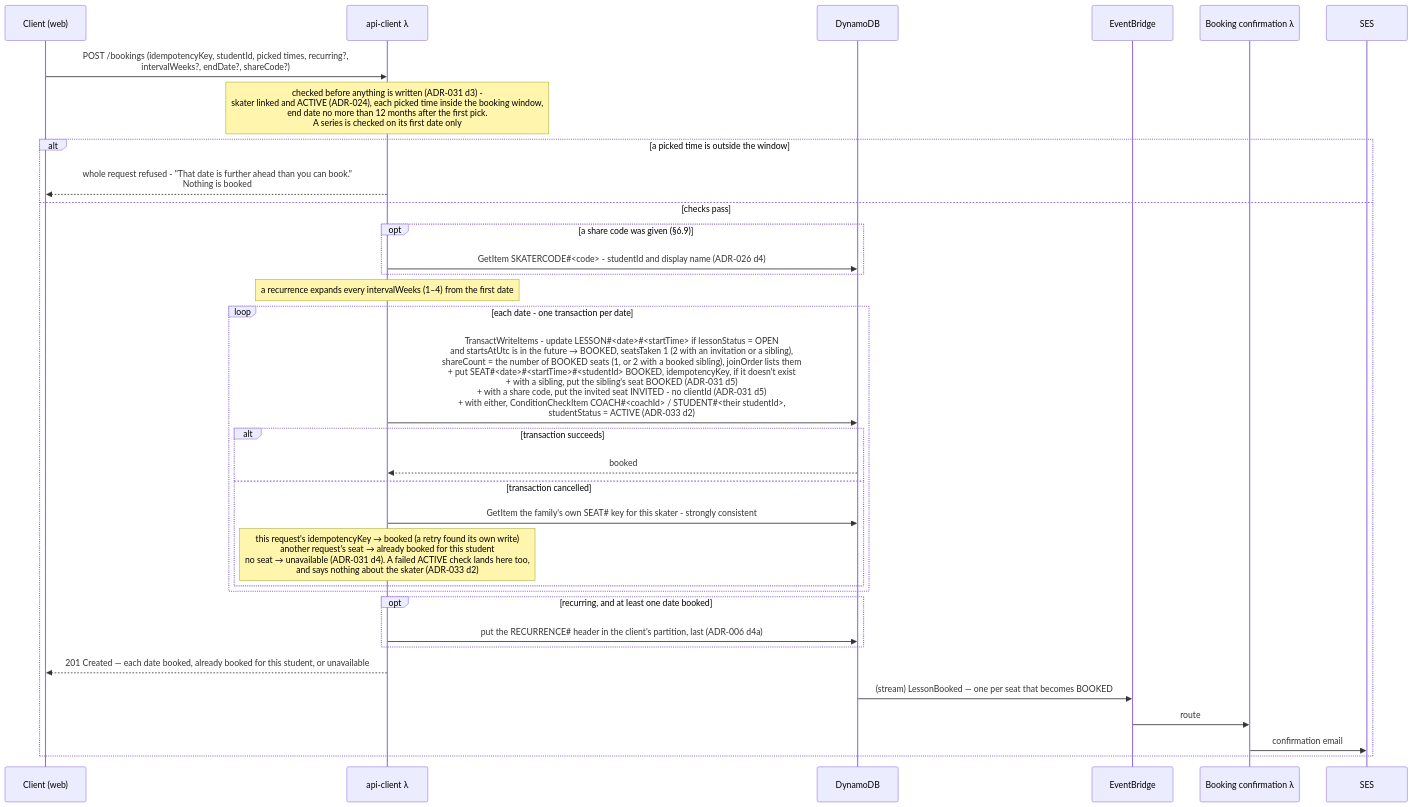
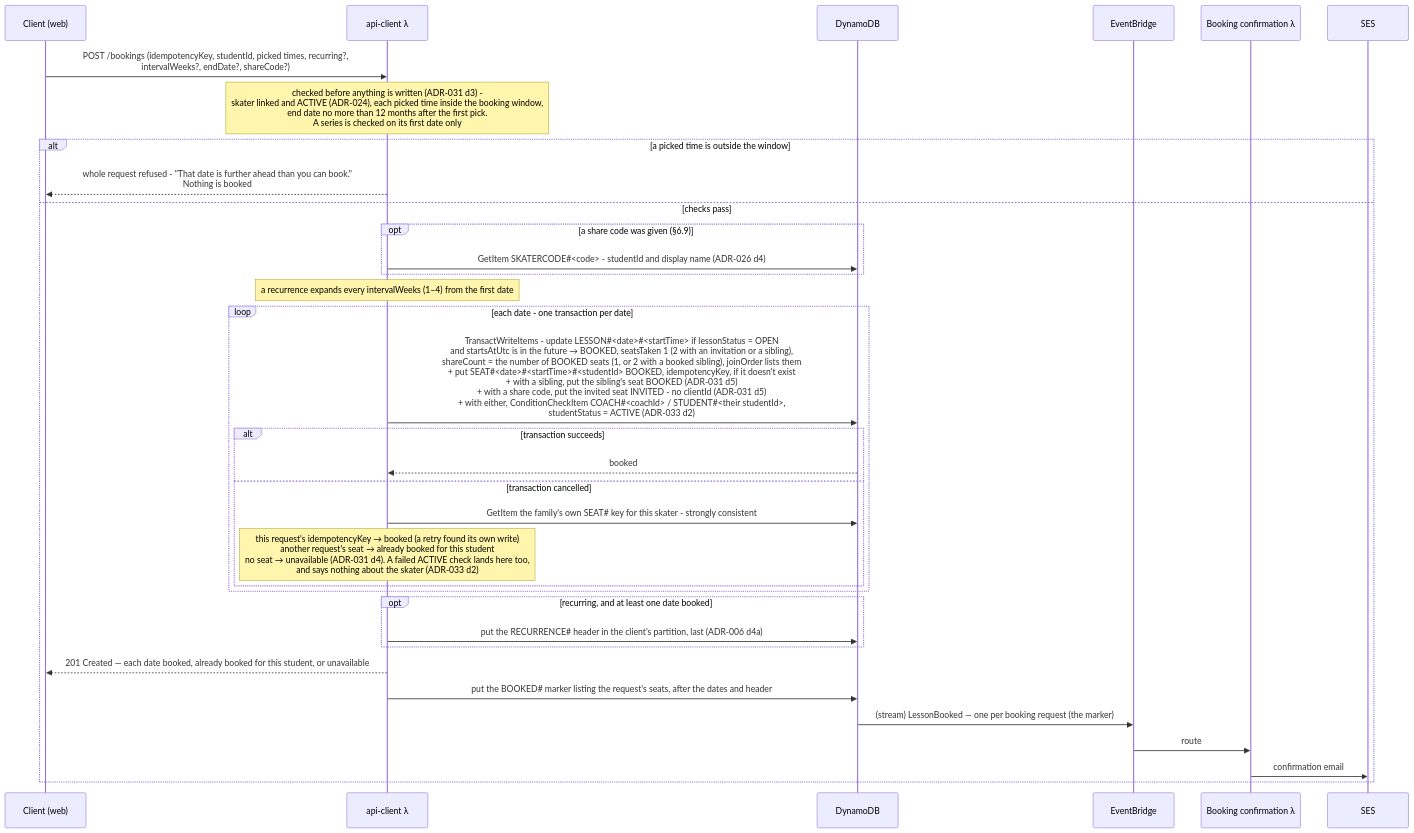
The ninth of 31 diagrams in docs/architecture.md (jessicamvega6/bladebook), drawn with Mermaid before and after one commit. The commit also changed other lines of this file and 3 other files, not shown here.

First line of the commit message:
One booking confirmation per booking request, not per seat

````diff
--- a/docs/architecture.md
+++ b/docs/architecture.md
@@ -783,35 +783,36 @@
 ```mermaid
 sequenceDiagram
     participant P as Client (web)
     participant API as api-client λ
     participant DB as DynamoDB
     participant Bus as EventBridge
     participant Cf as Booking confirmation λ
     participant SES as SES
     P->>API: POST /bookings (idempotencyKey, studentId, picked times, recurring?,<br/>intervalWeeks?, endDate?, shareCode?)
     Note over API: checked before anything is written (ADR-031 d3) -<br/>skater linked and ACTIVE (ADR-024), each picked time inside the booking window,<br/>end date no more than 12 months after the first pick.<br/>A series is checked on its first date only
     alt a picked time is outside the window
         API-->>P: whole request refused - "That date is further ahead than you can book."<br/>Nothing is booked
     else checks pass
         opt a share code was given (§6.9)
             API->>DB: GetItem SKATERCODE#35;<code> - studentId and display name (ADR-026 d4)
         end
         Note over API: a recurrence expands every intervalWeeks (1–4) from the first date
         loop each date - one transaction per date
             API->>DB: TransactWriteItems - update LESSON#35;<date>#35;<startTime> if lessonStatus = OPEN<br/>and startsAtUtc is in the future → BOOKED, seatsTaken 1 (2 with an invitation or a sibling),<br/>shareCount = the number of BOOKED seats (1, or 2 with a booked sibling), joinOrder lists them<br/>+ put SEAT#35;<date>#35;<startTime>#35;<studentId> BOOKED, idempotencyKey, if it doesn't exist<br/>+ with a sibling, put the sibling's seat BOOKED (ADR-031 d5)<br/>+ with a share code, put the invited seat INVITED - no clientId (ADR-031 d5)<br/>+ with either, ConditionCheckItem COACH#35;<coachId> / STUDENT#35;<their studentId>,<br/>studentStatus = ACTIVE (ADR-033 d2)
             alt transaction succeeds
                 DB-->>API: booked
             else transaction cancelled
                 API->>DB: GetItem the family's own SEAT#35; key for this skater - strongly consistent
                 Note over API: this request's idempotencyKey → booked (a retry found its own write)<br/>another request's seat → already booked for this student<br/>no seat → unavailable (ADR-031 d4). A failed ACTIVE check lands here too,<br/>and says nothing about the skater (ADR-033 d2)
             end
         end
         opt recurring, and at least one date booked
             API->>DB: put the RECURRENCE#35; header in the client's partition, last (ADR-006 d4a)
         end
         API-->>P: 201 Created — each date booked, already booked for this student, or unavailable
-        DB->>Bus: (stream) LessonBooked — one per seat that becomes BOOKED
+        API->>DB: put the BOOKED#35; marker listing the request's seats, after the dates and header
+        DB->>Bus: (stream) LessonBooked — one per booking request (the marker)
         Bus->>Cf: route
         Cf->>SES: confirmation email
     end
 ```
````
